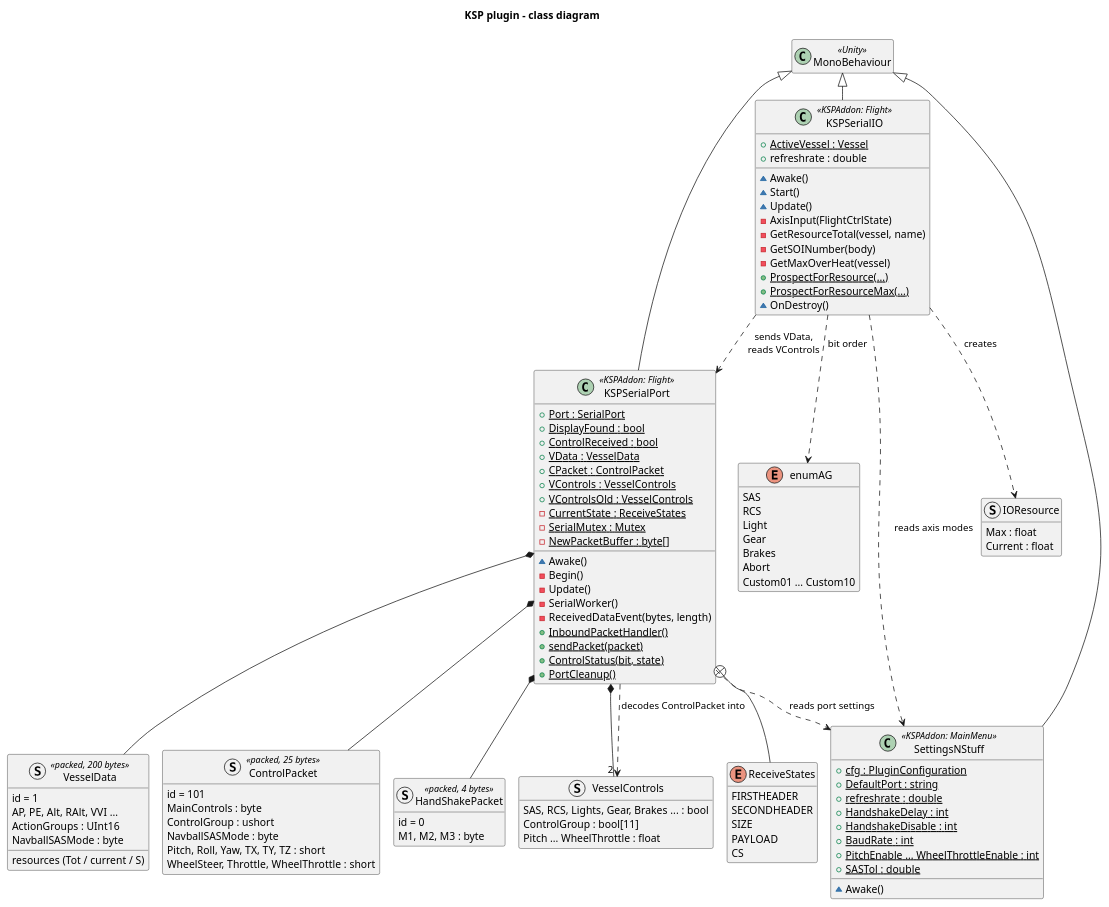
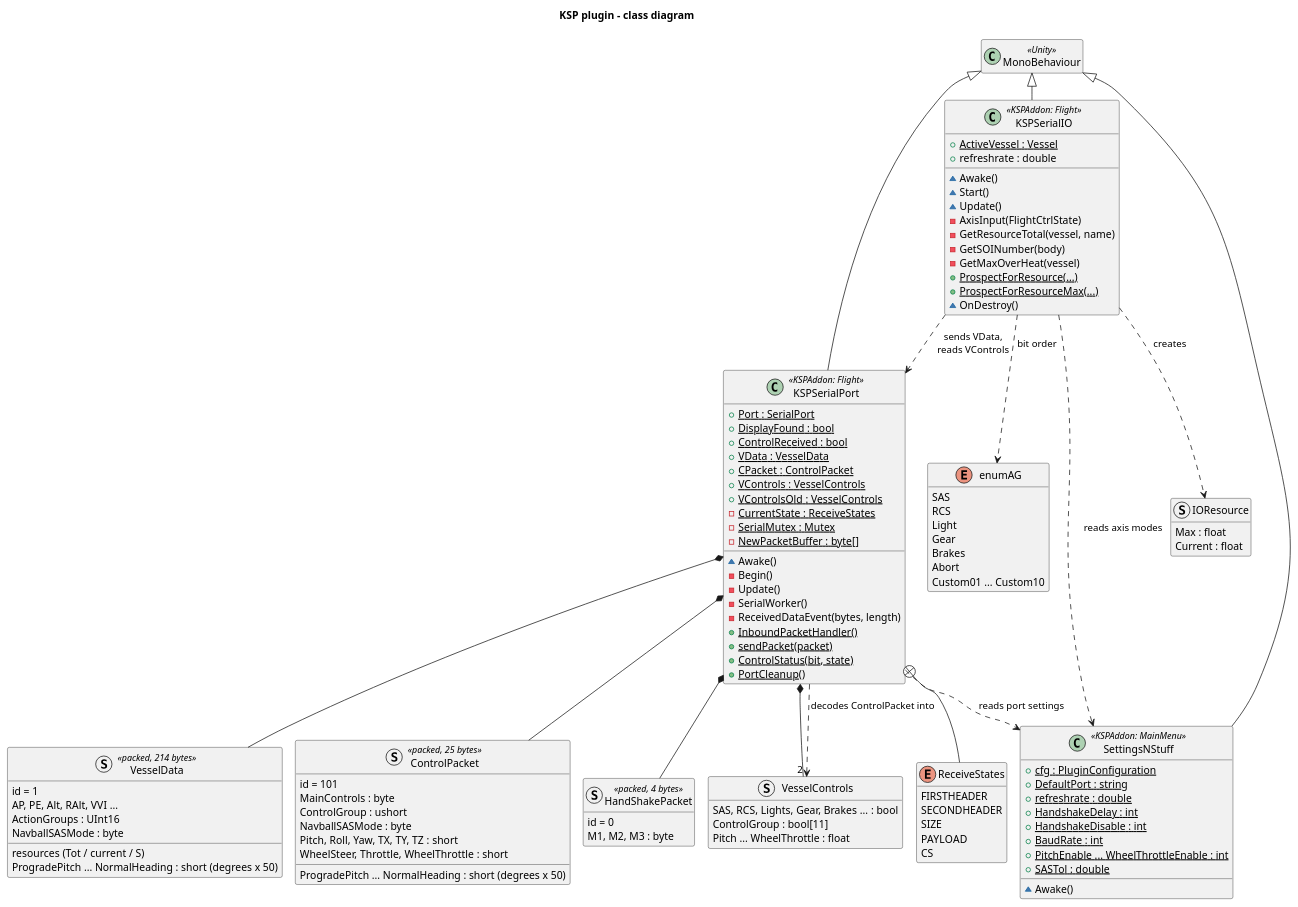
Before and after one commit to AlaNLrdE/KSPKontroller: the diagram in docs/diagrams/classes_plugin.puml, drawn with PlantUML. The commit also changed 5 other files, not shown here.

First line of the commit message:
Document the 214-byte VesselData and the navball vector fields

```diff
--- a/docs/diagrams/classes_plugin.puml
+++ b/docs/diagrams/classes_plugin.puml
@@ -1,124 +1,126 @@
 @startuml classes_plugin
 title KSP plugin - class diagram
 !pragma layout smetana
 hide empty members
 
 class MonoBehaviour <<Unity>>
 
 class SettingsNStuff <<KSPAddon: MainMenu>> {
   +{static} cfg : PluginConfiguration
   +{static} DefaultPort : string
   +{static} refreshrate : double
   +{static} HandshakeDelay : int
   +{static} HandshakeDisable : int
   +{static} BaudRate : int
   +{static} PitchEnable ... WheelThrottleEnable : int
   +{static} SASTol : double
   ~Awake()
 }
 
 class KSPSerialPort <<KSPAddon: Flight>> {
   +{static} Port : SerialPort
   +{static} DisplayFound : bool
   +{static} ControlReceived : bool
   +{static} VData : VesselData
   +{static} CPacket : ControlPacket
   +{static} VControls : VesselControls
   +{static} VControlsOld : VesselControls
   -{static} CurrentState : ReceiveStates
   -{static} SerialMutex : Mutex
   -{static} NewPacketBuffer : byte[]
   ~Awake()
   -Begin()
   -Update()
   -SerialWorker()
   -ReceivedDataEvent(bytes, length)
   +{static} InboundPacketHandler()
   +{static} sendPacket(packet)
   +{static} ControlStatus(bit, state)
   +{static} PortCleanup()
 }
 
 class KSPSerialIO <<KSPAddon: Flight>> {
   +{static} ActiveVessel : Vessel
   +refreshrate : double
   ~Awake()
   ~Start()
   ~Update()
   -AxisInput(FlightCtrlState)
   -GetResourceTotal(vessel, name)
   -GetSOINumber(body)
   -GetMaxOverHeat(vessel)
   +{static} ProspectForResource(...)
   +{static} ProspectForResourceMax(...)
   ~OnDestroy()
 }
 
 enum ReceiveStates {
   FIRSTHEADER
   SECONDHEADER
   SIZE
   PAYLOAD
   CS
 }
 
 enum enumAG {
   SAS
   RCS
   Light
   Gear
   Brakes
   Abort
   Custom01 ... Custom10
 }
 
-struct VesselData <<packed, 200 bytes>> {
+struct VesselData <<packed, 214 bytes>> {
   id = 1
   AP, PE, Alt, RAlt, VVI ...
   resources (Tot / current / S)
   ActionGroups : UInt16
   NavballSASMode : byte
+  ProgradePitch ... NormalHeading : short (degrees x 50)
 }
 
 struct ControlPacket <<packed, 25 bytes>> {
   id = 101
   MainControls : byte
   ControlGroup : ushort
   NavballSASMode : byte
+  ProgradePitch ... NormalHeading : short (degrees x 50)
   Pitch, Roll, Yaw, TX, TY, TZ : short
   WheelSteer, Throttle, WheelThrottle : short
 }
 
 struct HandShakePacket <<packed, 4 bytes>> {
   id = 0
   M1, M2, M3 : byte
 }
 
 struct VesselControls {
   SAS, RCS, Lights, Gear, Brakes ... : bool
   ControlGroup : bool[11]
   Pitch ... WheelThrottle : float
 }
 
 struct IOResource {
   Max : float
   Current : float
 }
 
 MonoBehaviour <|-- SettingsNStuff
 MonoBehaviour <|-- KSPSerialPort
 MonoBehaviour <|-- KSPSerialIO
 
 KSPSerialPort *-- VesselData
 KSPSerialPort *-- ControlPacket
 KSPSerialPort *-- HandShakePacket
 KSPSerialPort *-- "2" VesselControls
 KSPSerialPort +-- ReceiveStates
 KSPSerialPort ..> VesselControls : decodes ControlPacket into
 
 KSPSerialIO ..> KSPSerialPort : sends VData,\nreads VControls
 KSPSerialIO ..> SettingsNStuff : reads axis modes
 KSPSerialIO ..> IOResource : creates
 KSPSerialIO ..> enumAG : bit order
 KSPSerialPort ..> SettingsNStuff : reads port settings
 @enduml
```
